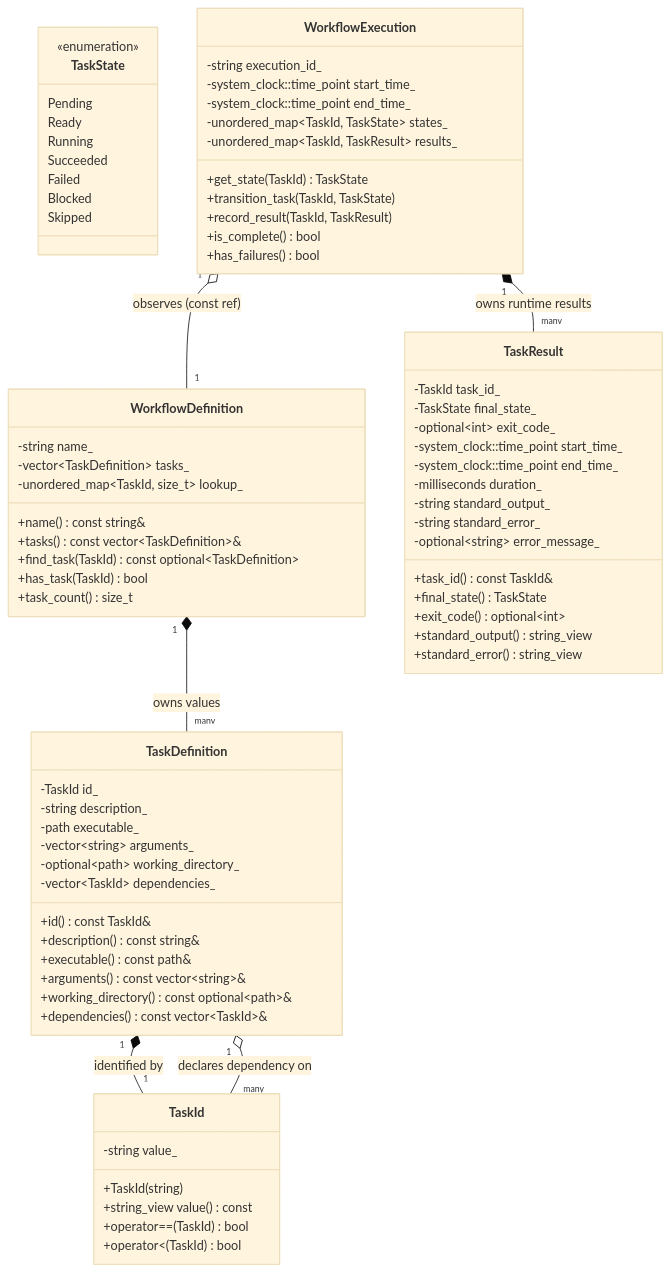
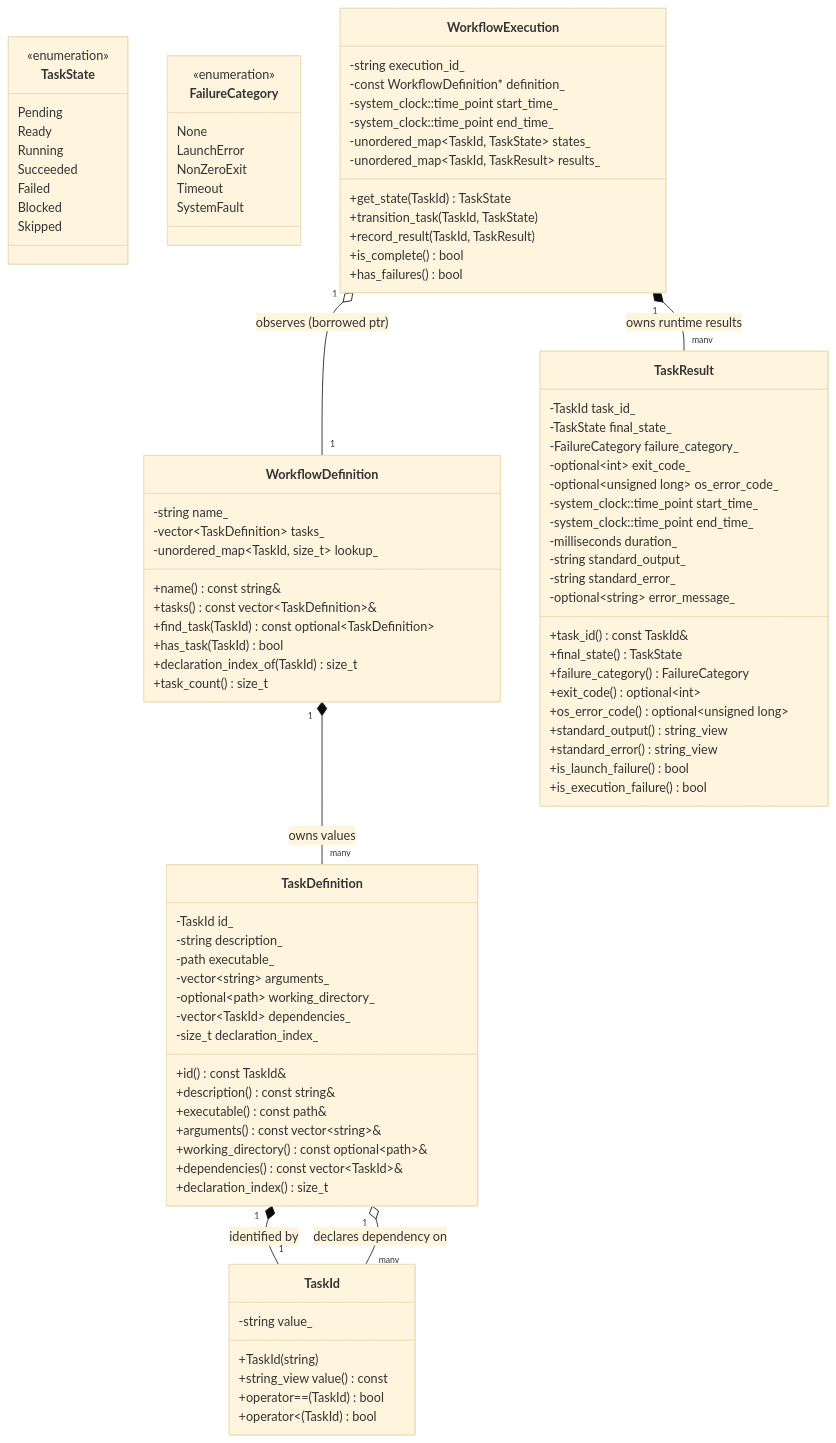
The diagram in docs/domain-model.md (vishalpalepu/TaskForge), drawn with Mermaid (base theme) before and after one commit. The commit also changed other lines of this file and 6 other files, not shown here.

Commit message:
docs: add comprehensive domain model, architectural overview, and architectural decision records (ADRs)

````diff
--- a/docs/domain-model.md
+++ b/docs/domain-model.md
@@ -53,12 +57,14 @@
         -vector~string~ arguments_
         -optional~path~ working_directory_
         -vector~TaskId~ dependencies_
+        -size_t declaration_index_
         +id() const TaskId&
         +description() const string&
         +executable() const path&
         +arguments() const vector~string~&
         +working_directory() const optional~path~&
         +dependencies() const vector~TaskId~&
+        +declaration_index() size_t
     }
 
     class WorkflowDefinition {
@@ -69,6 +75,7 @@
         +tasks() const vector~TaskDefinition~&
         +find_task(TaskId) const optional~TaskDefinition~
         +has_task(TaskId) bool
+        +declaration_index_of(TaskId) size_t
         +task_count() size_t
     }
 
@@ -83,10 +90,21 @@
         Skipped
     }
 
+    class FailureCategory {
+        <<enumeration>>
+        None
+        LaunchError
+        NonZeroExit
+        Timeout
+        SystemFault
+    }
+
     class TaskResult {
         -TaskId task_id_
         -TaskState final_state_
+        -FailureCategory failure_category_
         -optional~int~ exit_code_
+        -optional~unsigned long~ os_error_code_
         -system_clock::time_point start_time_
         -system_clock::time_point end_time_
         -milliseconds duration_
@@ -95,13 +113,18 @@
         -optional~string~ error_message_
         +task_id() const TaskId&
         +final_state() TaskState
+        +failure_category() FailureCategory
         +exit_code() optional~int~
+        +os_error_code() optional~unsigned long~
         +standard_output() string_view
         +standard_error() string_view
+        +is_launch_failure() bool
+        +is_execution_failure() bool
     }
 
     class WorkflowExecution {
         -string execution_id_
+        -const WorkflowDefinition* definition_
         -system_clock::time_point start_time_
         -system_clock::time_point end_time_
         -unordered_map~TaskId, TaskState~ states_
@@ -116,6 +139,6 @@
     WorkflowDefinition "1" *-- "many" TaskDefinition : owns values
     TaskDefinition "1" *-- "1" TaskId : identified by
     TaskDefinition "1" o-- "many" TaskId : declares dependency on
-    WorkflowExecution "1" o-- "1" WorkflowDefinition : observes (const ref)
+    WorkflowExecution "1" o-- "1" WorkflowDefinition : observes (borrowed ptr)
     WorkflowExecution "1" *-- "many" TaskResult : owns runtime results
 ```
````
